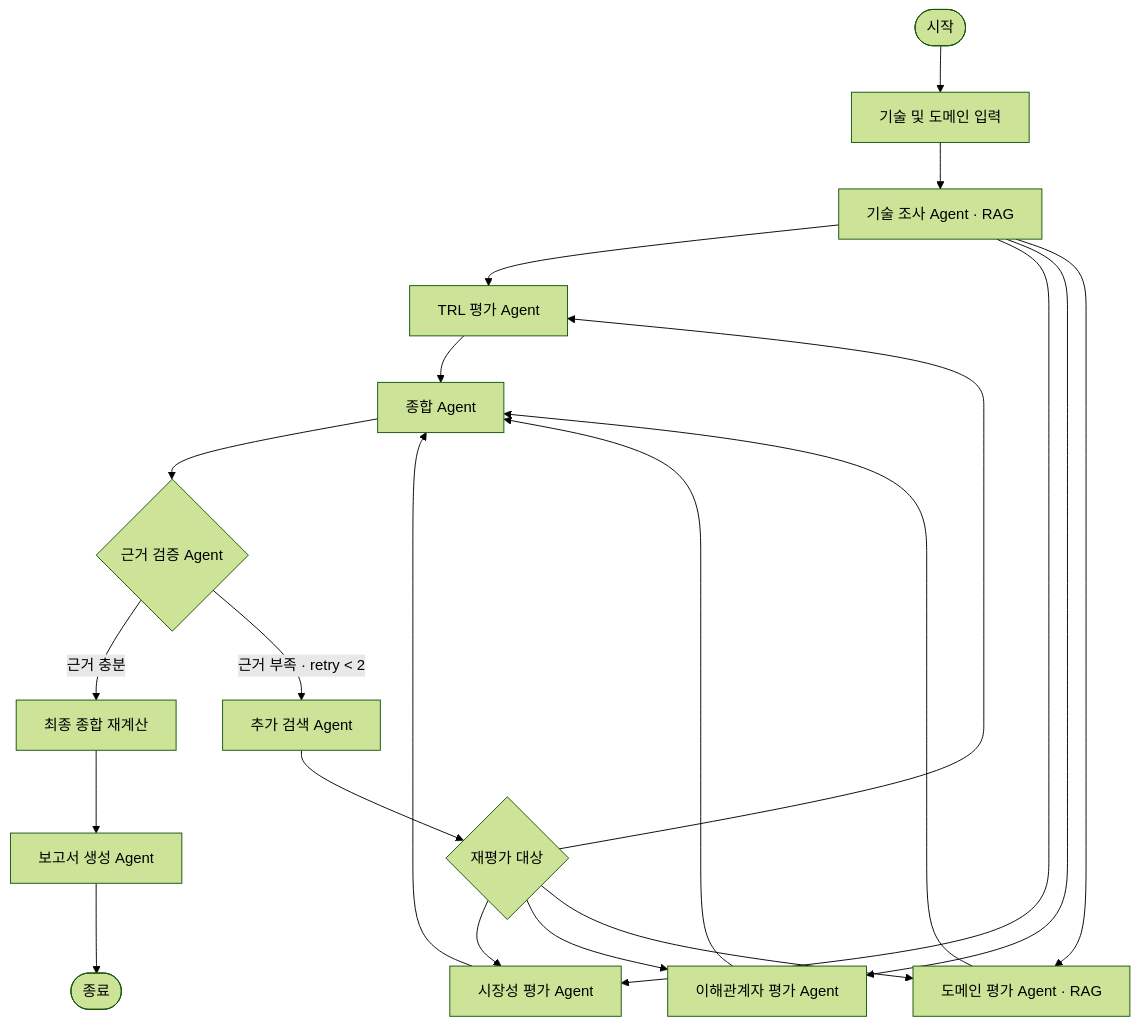
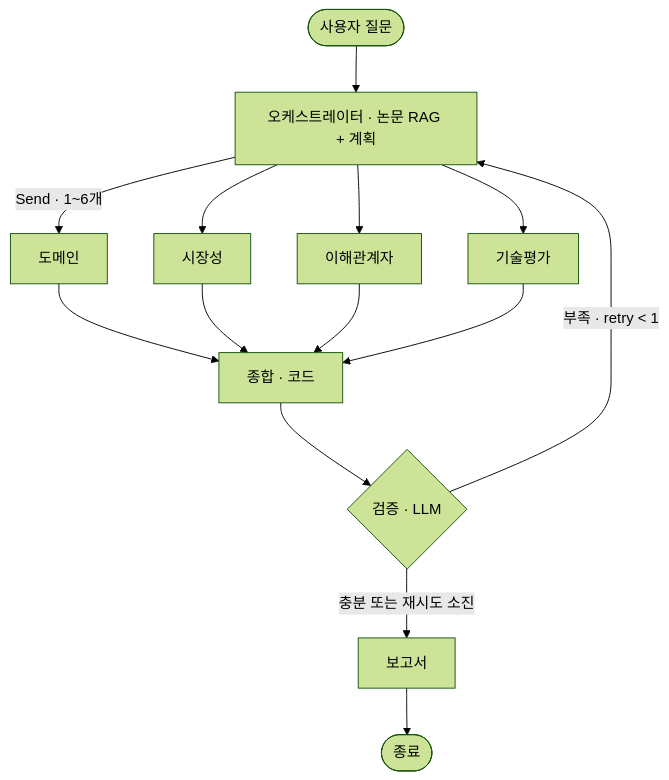
Before and after one commit to kchanis1223/-SKALA-KVCache_Report_Agent: the diagram in README.md, drawn with Mermaid (forest theme). The commit also changed other lines of this file and 98 other files, not shown here.

````diff
--- a/README.md
+++ b/README.md
@@ -176,29 +158,16 @@
 ```mermaid
 flowchart TD
-    S([시작]) --> A[기술 및 도메인 입력]
-    A --> B[기술 조사 Agent · RAG]
-
-    B --> C[TRL 평가 Agent]
-    B --> D[시장성 평가 Agent]
-    B --> E[이해관계자 평가 Agent]
-    B --> F[도메인 평가 Agent · RAG]
-
-    C --> G[종합 Agent]
-    D --> G
-    E --> G
-    F --> G
-
-    G --> H{근거 검증 Agent}
-
-    H -->|근거 충분| L[최종 종합 재계산]
-    L --> J[보고서 생성 Agent]
-    J --> Z([종료])
-
-    H -->|근거 부족 · retry < 2| I[추가 검색 Agent]
-    I --> K{재평가 대상}
-
-    K --> C
-    K --> D
-    K --> E
-    K --> F
+    S([사용자 질문]) --> O[오케스트레이터 · 논문 RAG + 계획]
+    O -->|Send · 1~6개| W1[도메인]
+    O --> W2[시장성]
+    O --> W3[이해관계자]
+    O --> W4[기술평가]
+    W1 --> Y[종합 · 코드]
+    W2 --> Y
+    W3 --> Y
+    W4 --> Y
+    Y --> V{검증 · LLM}
+    V -->|충분 또는 재시도 소진| R[보고서]
+    V -->|부족 · retry < 1| O
+    R --> E([종료])
 ```
````
